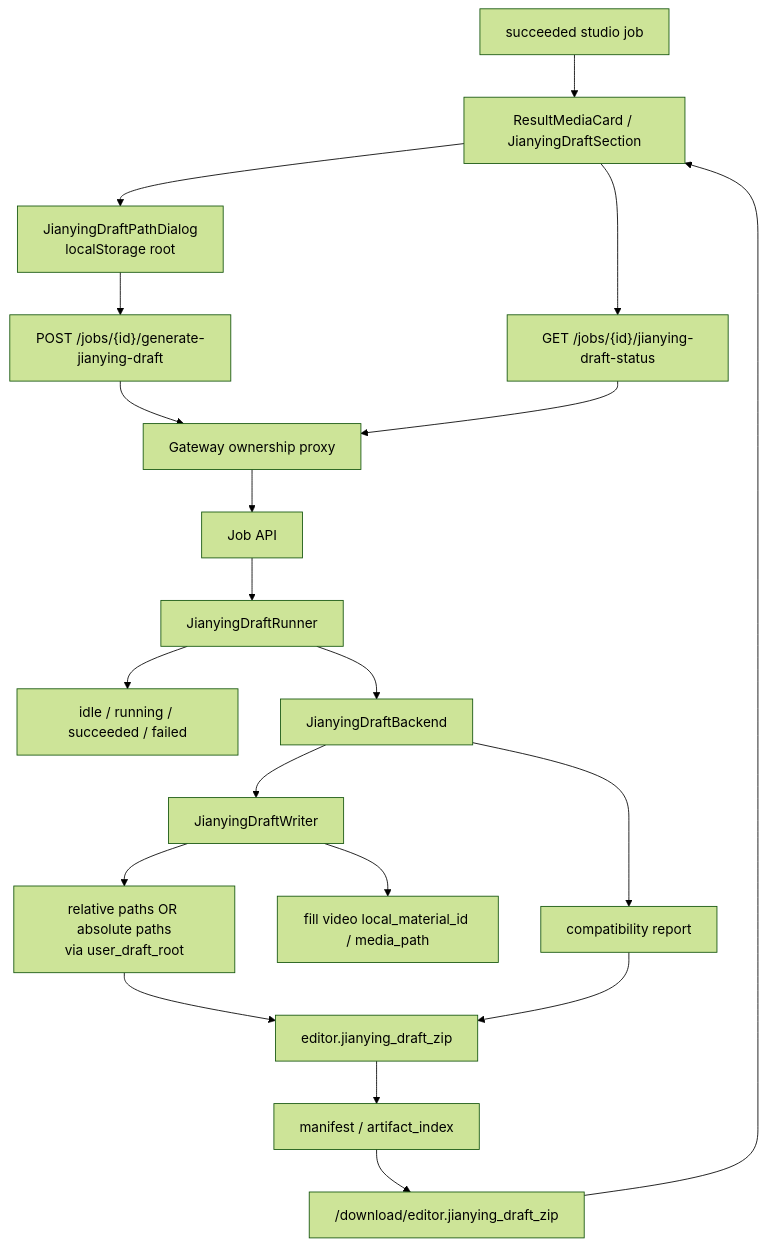
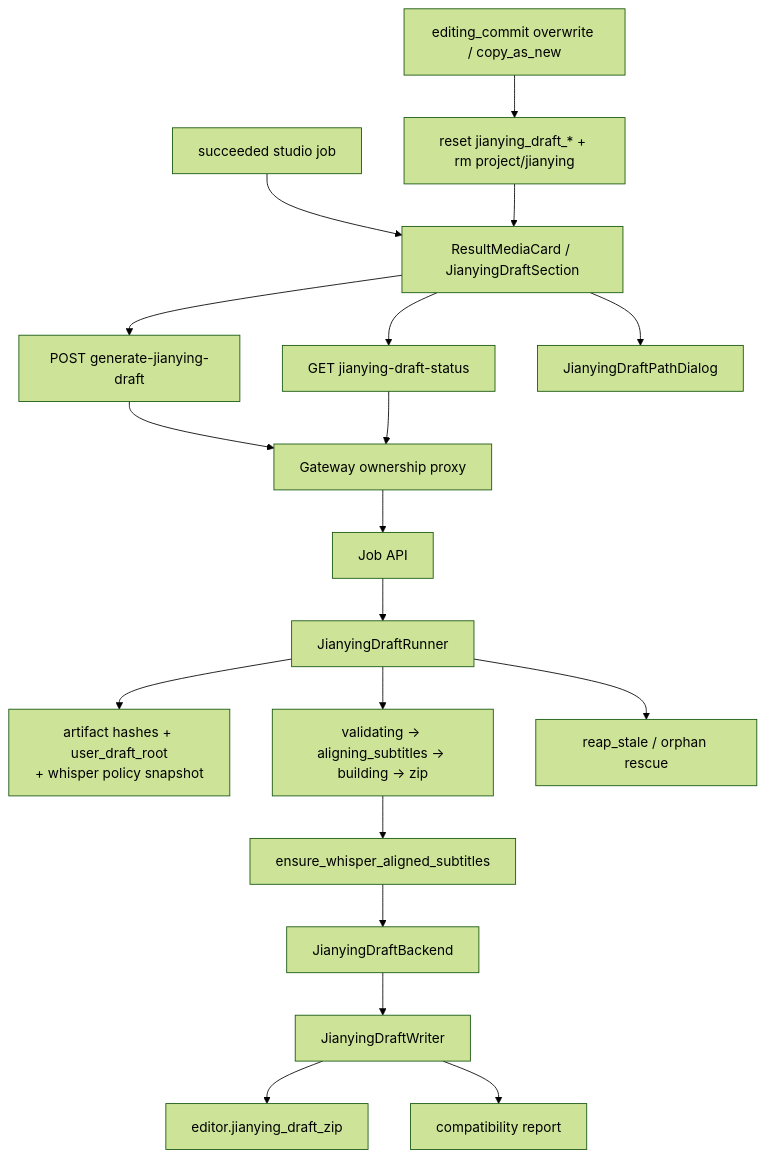
One commit to sun9bear/AITransVideo changed the diagram in docs/graphs/GITNEXUS_JIANYING_DRAFT_DELIVERY_GRAPH.md. Above: the diagram before and after it, drawn with Mermaid (forest theme). The commit also changed other lines of this file and 7 other files, not shown here.

Commit message:
docs(graphs): refresh GitNexus graphs to 482b315

````diff
--- a/docs/graphs/GITNEXUS_JIANYING_DRAFT_DELIVERY_GRAPH.md
+++ b/docs/graphs/GITNEXUS_JIANYING_DRAFT_DELIVERY_GRAPH.md
@@ -17,26 +16,25 @@
 ```mermaid
 graph TD
     StudioJob["succeeded studio job"] --> ResultUI["ResultMediaCard / JianyingDraftSection"]
-    ResultUI --> Dialog["JianyingDraftPathDialog<br/>localStorage root"]
-    Dialog --> Trigger["POST /jobs/{id}/generate-jianying-draft"]
-    ResultUI --> Poll["GET /jobs/{id}/jianying-draft-status"]
+    ResultUI --> Trigger["POST generate-jianying-draft"]
+    ResultUI --> Poll["GET jianying-draft-status"]
+    ResultUI --> Dialog["JianyingDraftPathDialog"]
 
     Trigger --> Gateway["Gateway ownership proxy"]
     Poll --> Gateway
     Gateway --> JobApi["Job API"]
 
     JobApi --> Runner["JianyingDraftRunner"]
-    Runner --> State["idle / running / succeeded / failed"]
-    Runner --> Backend["JianyingDraftBackend"]
+    Runner --> Fingerprint["artifact hashes + user_draft_root<br/>+ whisper policy snapshot"]
+    Runner --> Substeps["validating -> aligning_subtitles -> building -> zip"]
+    Runner --> Rescue["reap_stale / orphan rescue"]
 
+    Substeps --> Ensure["ensure_whisper_aligned_subtitles"]
+    Ensure --> Backend["JianyingDraftBackend"]
     Backend --> Writer["JianyingDraftWriter"]
-    Writer --> Paths["relative paths OR absolute paths<br/>via user_draft_root"]
-    Writer --> LocalMedia["fill video local_material_id / media_path"]
-    Backend --> Report["compatibility report"]
+    Writer --> Zip["editor.jianying_draft_zip"]
+    Writer --> Report["compatibility report"]
 
-    Paths --> Zip["editor.jianying_draft_zip"]
-    Report --> Zip
-    Zip --> Manifest["manifest / artifact_index"]
-    Manifest --> Download["/download/editor.jianying_draft_zip"]
-    Download --> ResultUI
+    PostEdit["editing_commit overwrite / copy_as_new"] --> Reset["reset jianying_draft_* + rm project/jianying"]
+    Reset --> ResultUI
 ```
````
